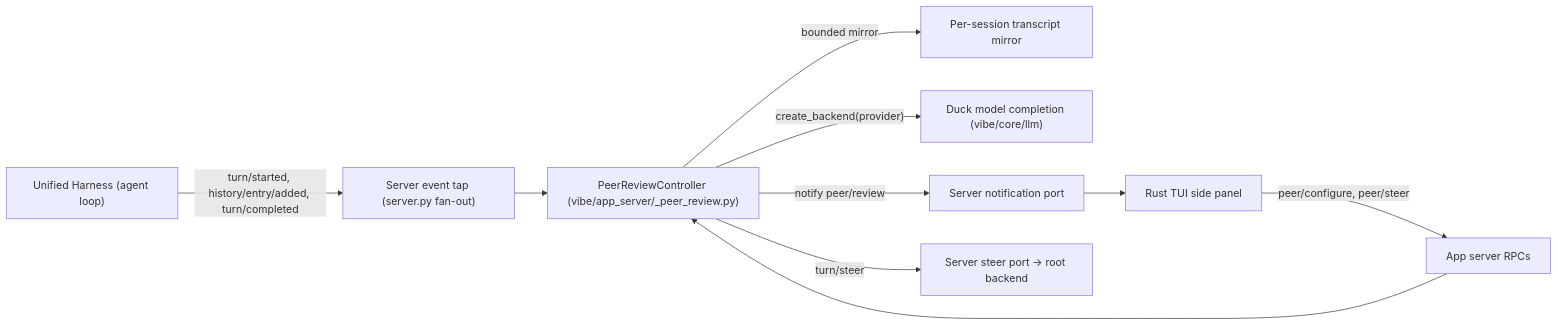
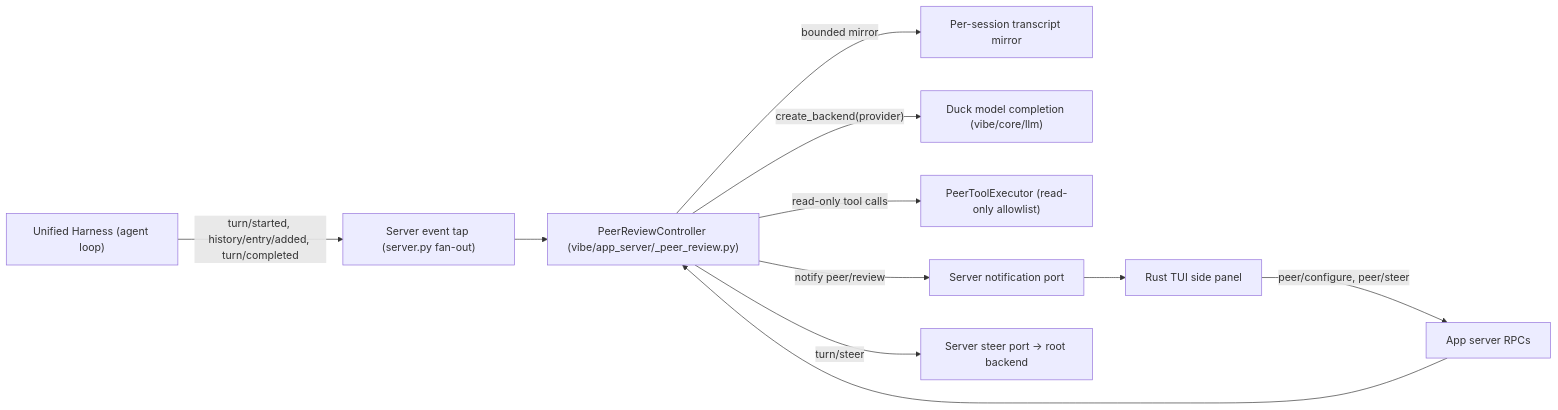
The diagram in docs/design/rubber-duck-peer-review.md (Nosenzor/mistral-vibe), drawn with Mermaid before and after one commit. The commit also changed other lines of this file, not shown here.

First line of the commit message:
docs(design): rubber duck gets a read-only toolset

````diff
--- a/docs/design/rubber-duck-peer-review.md
+++ b/docs/design/rubber-duck-peer-review.md
@@ -154,12 +175,13 @@
 ```mermaid
 flowchart LR
     Harness["Unified Harness (agent loop)"] -->|"turn/started, history/entry/added, turn/completed"| Tap
     Tap["Server event tap (server.py fan-out)"] --> Controller["PeerReviewController (vibe/app_server/_peer_review.py)"]
     Controller -->|"bounded mirror"| Mirror["Per-session transcript mirror"]
     Controller -->|"create_backend(provider)"| LLM["Duck model completion (vibe/core/llm)"]
+    Controller -->|"read-only tool calls"| Tools["PeerToolExecutor (read-only allowlist)"]
     Controller -->|"notify peer/review"| Notify["Server notification port"]
     Controller -->|"turn/steer"| Steer["Server steer port -> root backend"]
     Notify --> TUI["Rust TUI side panel"]
     TUI -->|"peer/configure, peer/steer"| Server["App server RPCs"]
     Server --> Controller
 ```
````
